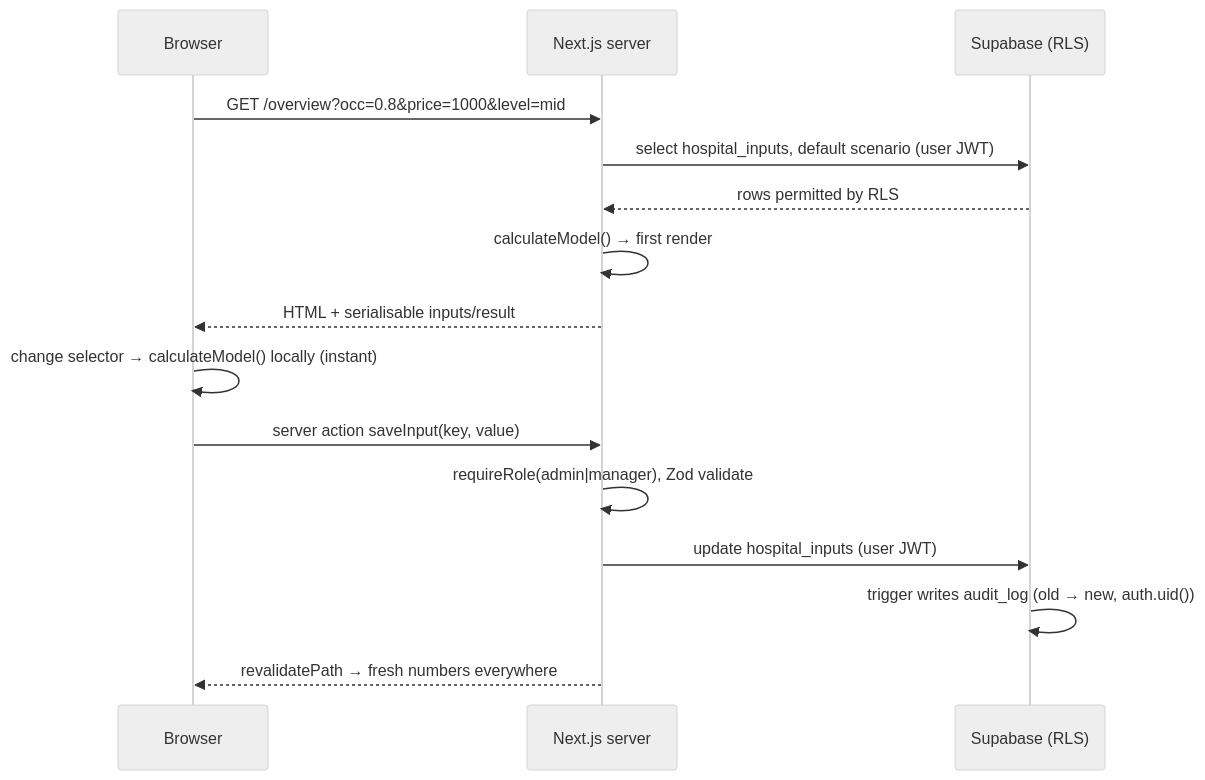
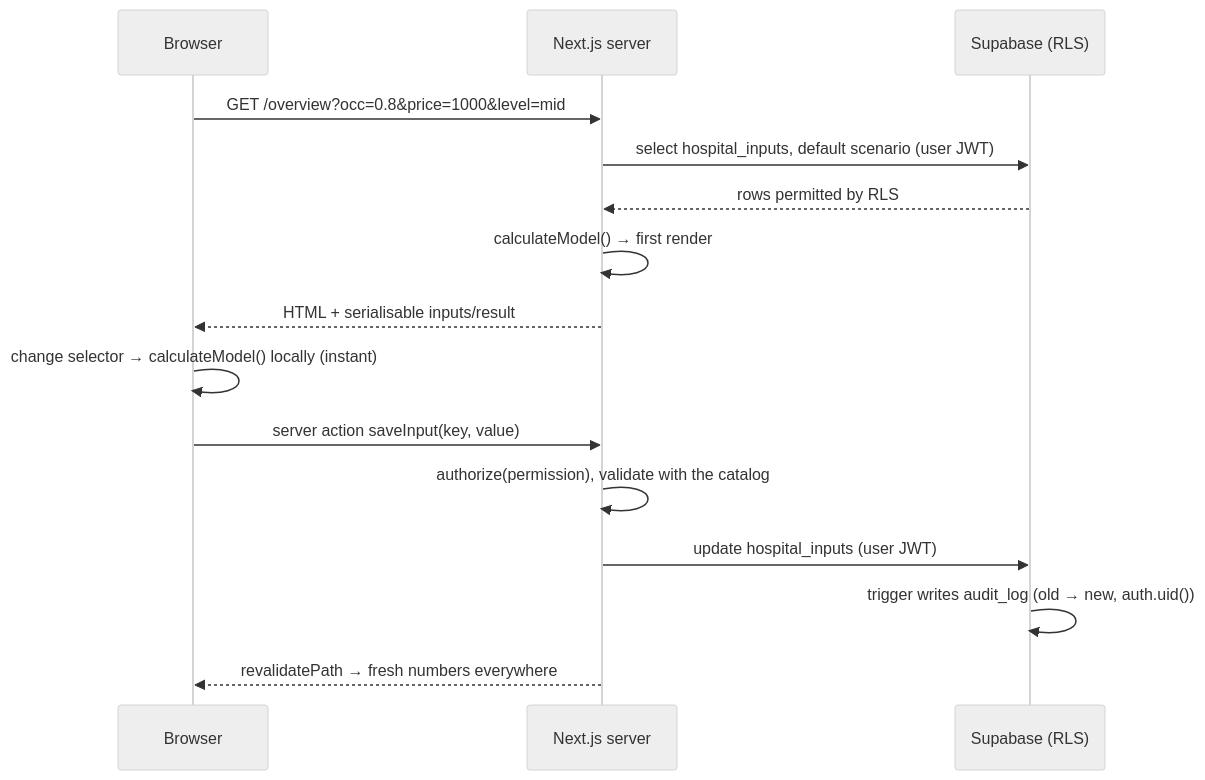
One commit to abdortemt-arch/respiratory-gate-value-calculator changed the second of 2 diagrams in docs/mvp-architecture.md. Above: the diagram before and after it, drawn with Mermaid (neutral theme). The commit also changed other lines of this file and 31 other files, not shown here.

````diff
--- a/docs/mvp-architecture.md
+++ b/docs/mvp-architecture.md
@@ -147,17 +149,17 @@
 ```mermaid
 sequenceDiagram
   participant B as Browser
   participant N as Next.js server
   participant D as Supabase (RLS)
   B->>N: GET /overview?occ=0.8&price=1000&level=mid
   N->>D: select hospital_inputs, default scenario (user JWT)
   D-->>N: rows permitted by RLS
   N->>N: calculateModel() → first render
   N-->>B: HTML + serialisable inputs/result
   B->>B: change selector → calculateModel() locally (instant)
   B->>N: server action saveInput(key, value)
-  N->>N: requireRole(admin|manager), Zod validate
+  N->>N: authorize(permission), validate with the catalog
   N->>D: update hospital_inputs (user JWT)
   D->>D: trigger writes audit_log (old → new, auth.uid())
   N-->>B: revalidatePath → fresh numbers everywhere
 ```
````
